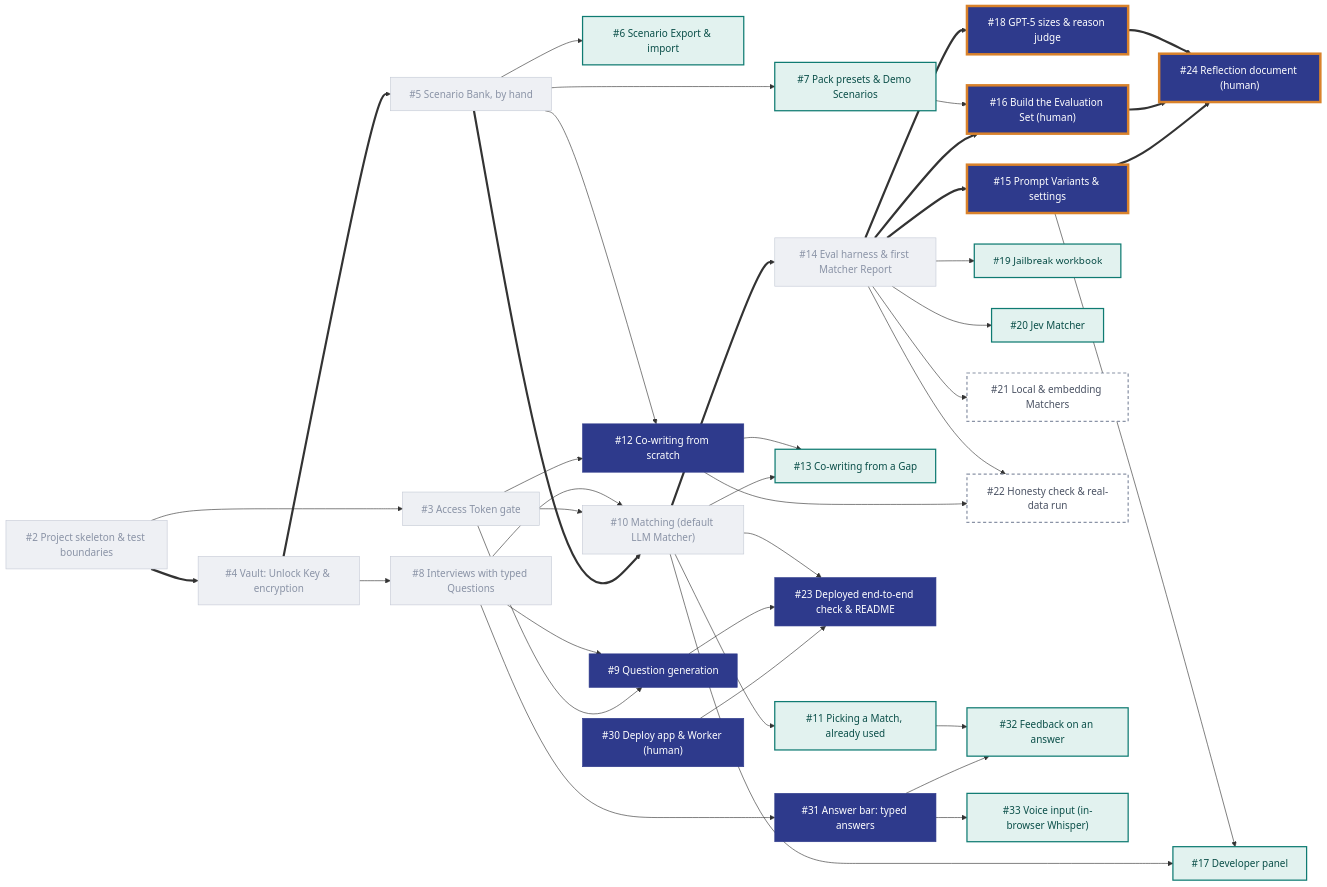
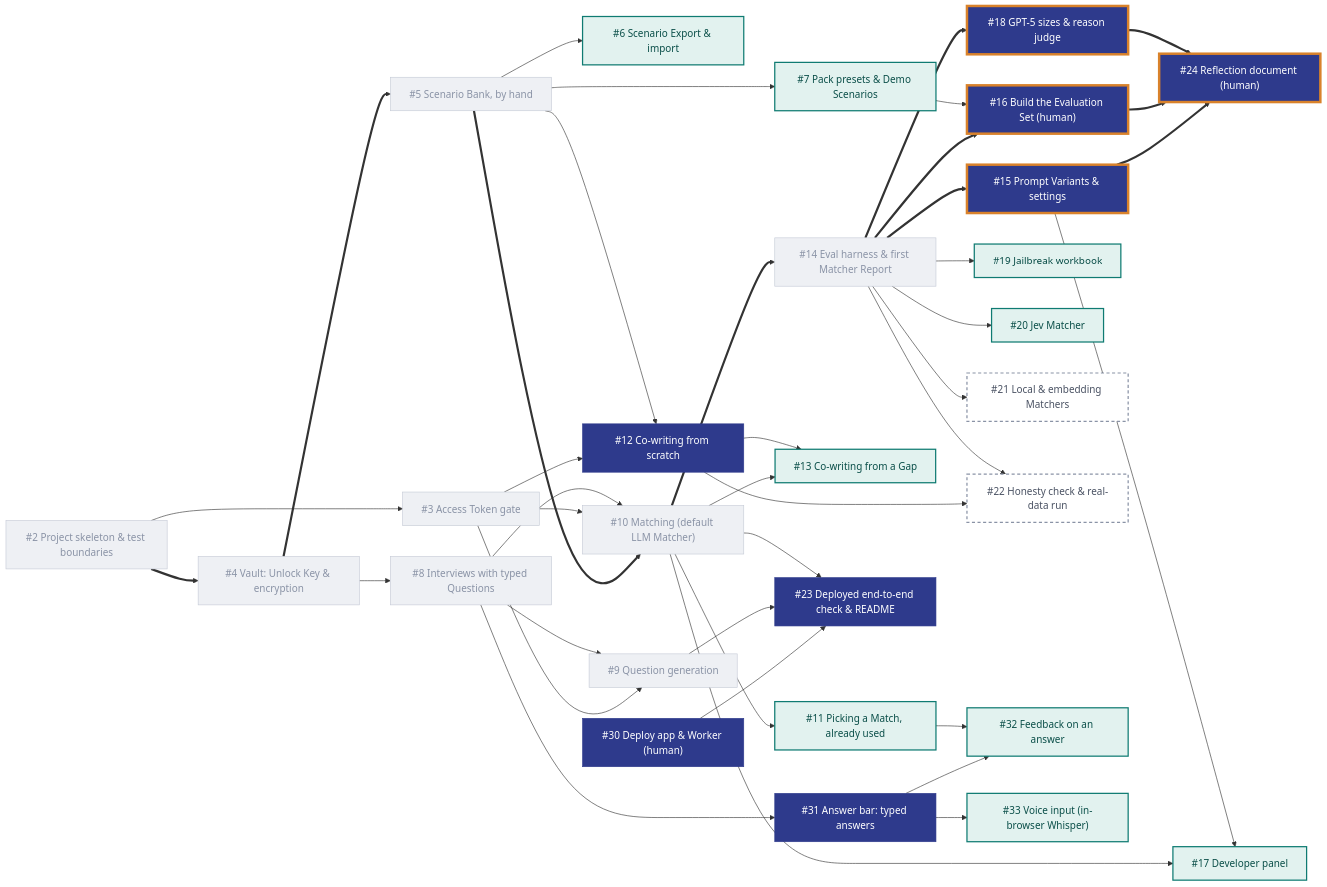
One commit to DerykHopley/interview-helper changed the diagram in README.md. Above: the diagram before and after it, drawn with Mermaid. The commit also changed 17 other files, not shown here.

````diff
--- a/README.md
+++ b/README.md
@@ -13,63 +13,63 @@
 ```mermaid
 flowchart LR
   T2["#2 Project skeleton & test boundaries"]
   T3["#3 Access Token gate"]
   T4["#4 Vault: Unlock Key & encryption"]
   T5["#5 Scenario Bank, by hand"]
   T6["#6 Scenario Export & import"]
   T7["#7 Pack presets & Demo Scenarios"]
   T8["#8 Interviews with typed Questions"]
   T9["#9 Question generation"]
   T10["#10 Matching (default LLM Matcher)"]
   T11["#11 Picking a Match, already used"]
   T12["#12 Co-writing from scratch"]
   T13["#13 Co-writing from a Gap"]
   T14["#14 Eval harness & first Matcher Report"]
   T15["#15 Prompt Variants & settings"]
   T16["#16 Build the Evaluation Set (human)"]
   T17["#17 Developer panel"]
   T18["#18 GPT-5 sizes & reason judge"]
   T19["#19 Jailbreak workbook"]
   T20["#20 Jev Matcher"]
   T21["#21 Local & embedding Matchers"]
   T22["#22 Honesty check & real-data run"]
   T23["#23 Deployed end-to-end check & README"]
   T24["#24 Reflection document (human)"]
   T30["#30 Deploy app & Worker (human)"]
   T31["#31 Answer bar: typed answers"]
   T32["#32 Feedback on an answer"]
   T33["#33 Voice input (in-browser Whisper)"]
 
   %% critical path (thick arrows)
   T2 ==> T4 ==> T5 ==> T10 ==> T14
   T14 ==> T15 ==> T24
   T14 ==> T16 ==> T24
   T14 ==> T18 ==> T24
 
   %% other dependencies
   T2 --> T3
   T3 --> T9 & T10 & T12
   T4 --> T8
   T5 --> T6 & T7 & T12
   T8 --> T9 & T10 & T31
   T10 --> T11 & T13 & T17
   T12 --> T13 & T22
   T7 --> T16
   T14 --> T19 & T20 & T21 & T22
   T15 --> T17
   T31 --> T32 & T33
   T11 --> T32
   T30 & T9 & T10 --> T23
 
   classDef done fill:#EEF0F4,color:#8A93A6,stroke:#C5CAD6,stroke-width:1px
   classDef must fill:#2E3A8C,color:#fff,stroke:#2E3A8C
   classDef mustcrit fill:#2E3A8C,color:#fff,stroke:#D9822B,stroke-width:4px
   classDef should fill:#E2F2EF,color:#0B4F49,stroke:#0F7B72,stroke-width:2px
   classDef could fill:#fff,color:#4A5263,stroke:#8A93A6,stroke-width:2px,stroke-dasharray:5 4
 
-  class T2,T3,T4,T5,T8,T10,T14 done
+  class T2,T3,T4,T5,T8,T9,T10,T14 done
   class T15,T16,T18,T24 mustcrit
-  class T9,T12,T23,T30,T31 must
+  class T12,T23,T30,T31 must
   class T6,T7,T11,T13,T17,T19,T20,T32,T33 should
   class T21,T22 could
 ```
````
